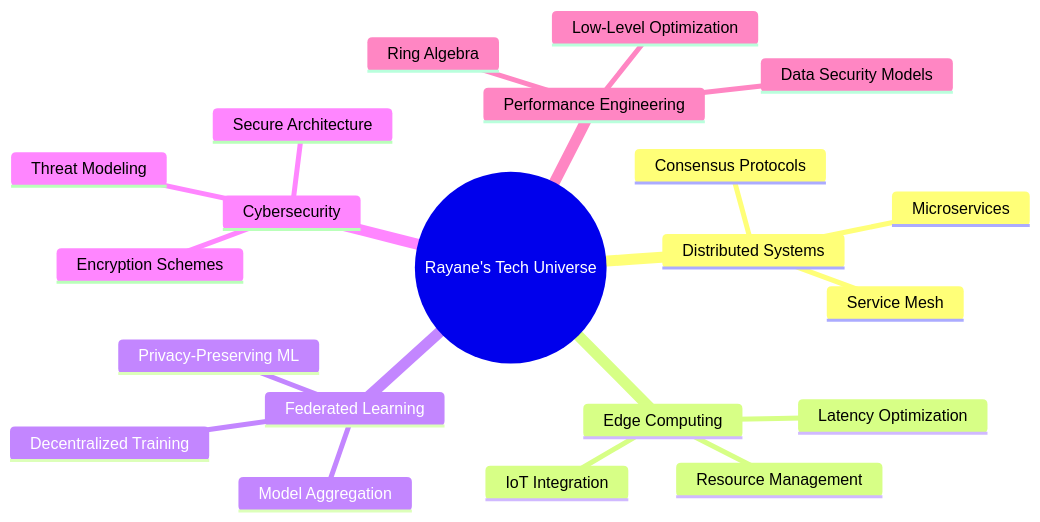
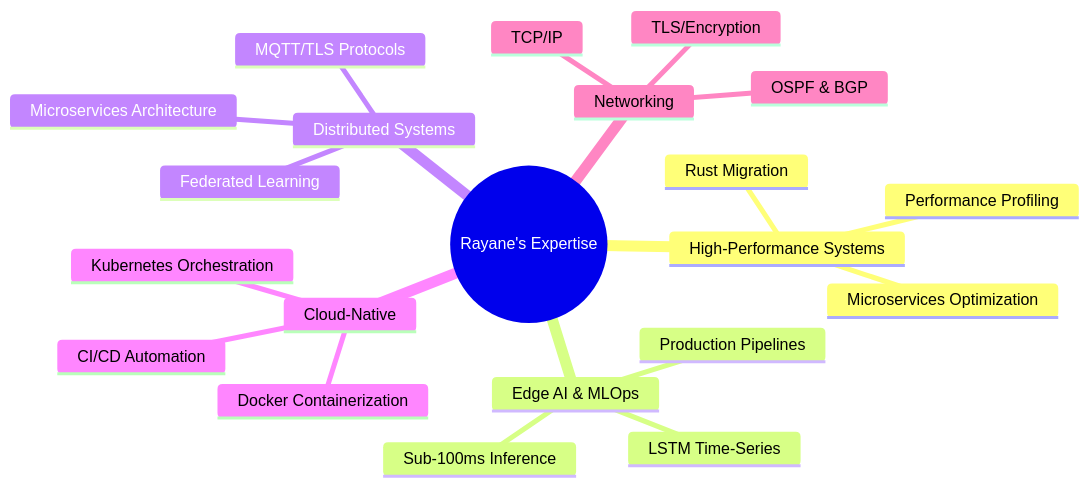
The diagram in Readme.md (Rayane-Aboud/Rayane-Aboud), drawn with Mermaid before and after one commit. The commit also changed other lines of this file, not shown here.

````diff
--- a/Readme.md
+++ b/Readme.md
@@ -192,24 +310,24 @@
 ```mermaid
 mindmap
-  root((Rayane's Tech Universe))
+  root((Rayane's Expertise))
+    High-Performance Systems
+      Rust Migration
+      Microservices Optimization
+      Performance Profiling
+    Edge AI & MLOps
+      LSTM Time-Series
+      Sub-100ms Inference
+      Production Pipelines
     Distributed Systems
-      Consensus Protocols
-      Microservices
-      Service Mesh
-    Edge Computing
-      IoT Integration
-      Latency Optimization
-      Resource Management
-    Federated Learning
-      Privacy-Preserving ML
-      Decentralized Training
-      Model Aggregation
-    Cybersecurity
-      Secure Architecture
-      Encryption Schemes
-      Threat Modeling
-    Performance Engineering
-      Low-Level Optimization
-      Ring Algebra
-      Data Security Models
+      Microservices Architecture
+      Federated Learning
+      MQTT/TLS Protocols
+    Cloud-Native
+      Kubernetes Orchestration
+      Docker Containerization
+      CI/CD Automation
+    Networking
+      TCP/IP
+      OSPF & BGP
+      TLS/Encryption
 ```
````
